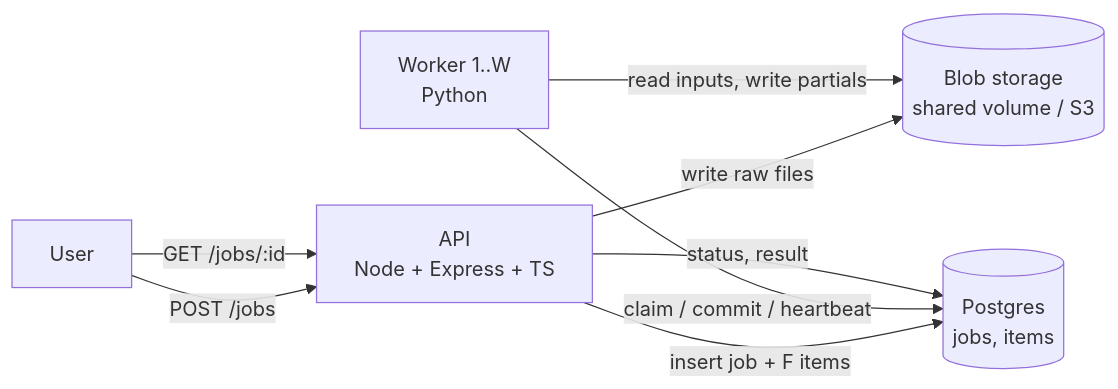
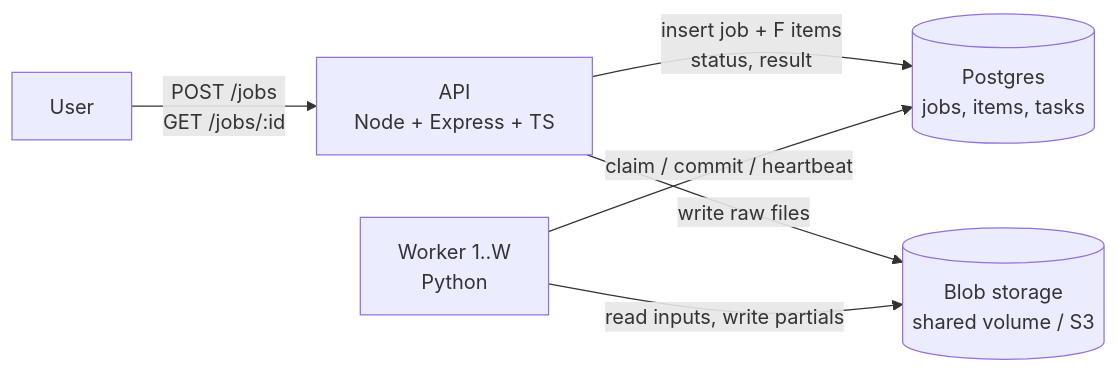
One commit to sahil27301/distributed-mean changed the first of 2 diagrams in docs/design.md. Above: the diagram before and after it, drawn with Mermaid. The commit also changed other lines of this file, not shown here.

Commit message:
Design: repo link, tasks table in architecture

````diff
--- a/docs/design.md
+++ b/docs/design.md
@@ -36,10 +38,8 @@
 ```mermaid
 flowchart LR
-  U[User] -->|POST /jobs| API[API<br/>Node + Express + TS]
+  U[User] -->|POST /jobs<br/>GET /jobs/:id| API[API<br/>Node + Express + TS]
+  API -->|insert job + F items<br/>status, result| PG[(Postgres<br/>jobs, items, tasks)]
   API -->|write raw files| BS[(Blob storage<br/>shared volume / S3)]
-  API -->|insert job + F items| PG[(Postgres<br/>jobs, items)]
   W1[Worker 1..W<br/>Python] -->|claim / commit / heartbeat| PG
   W1 -->|read inputs, write partials| BS
-  U -->|GET /jobs/:id| API
-  API -->|status, result| PG
 ```
````
